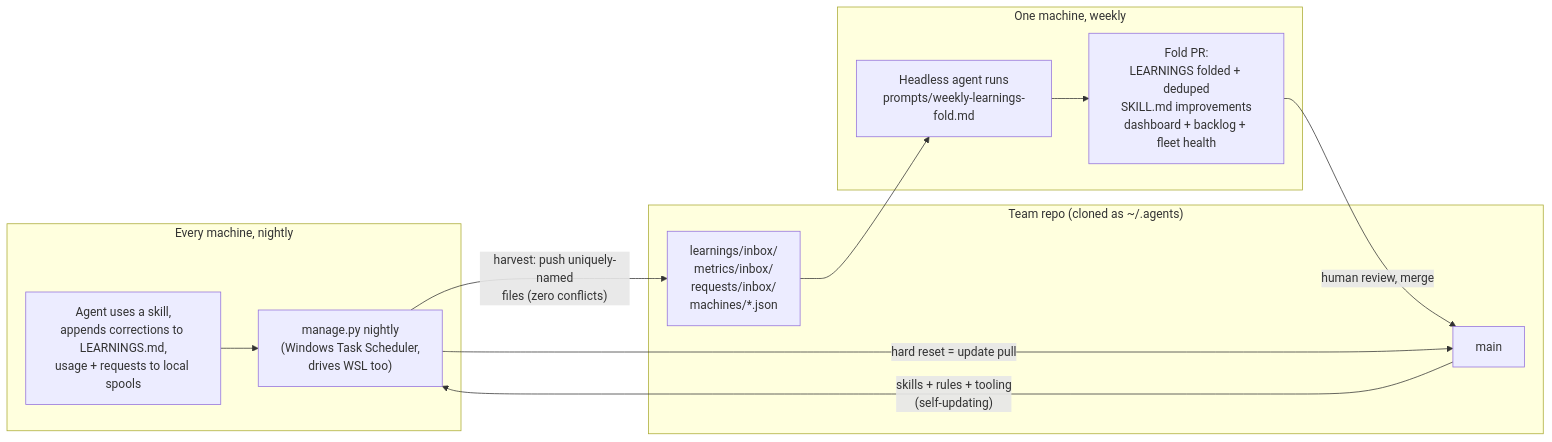
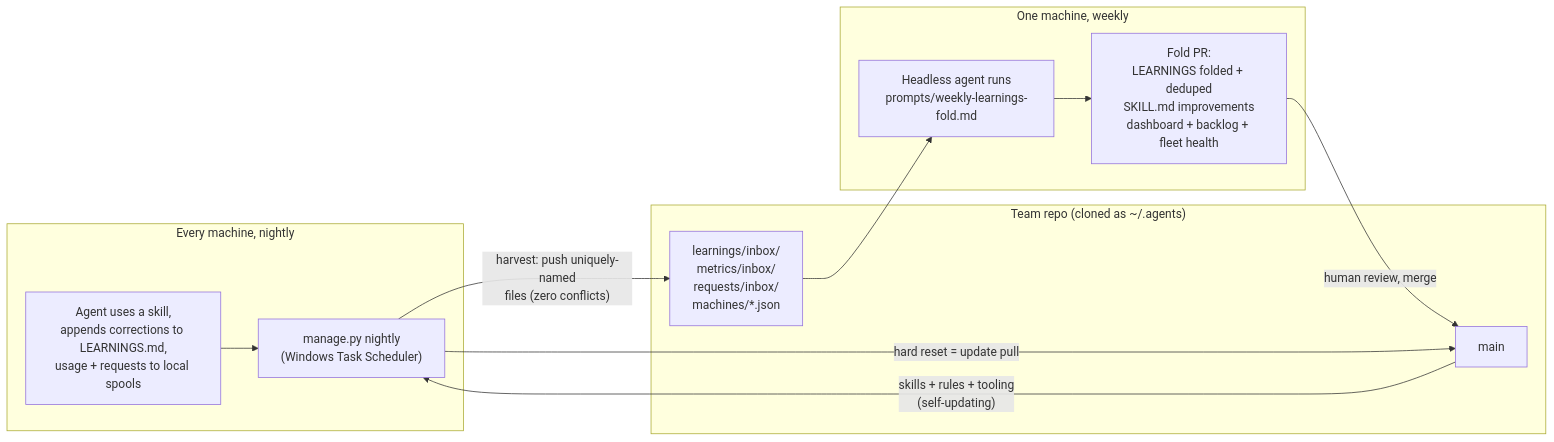
Before and after one commit to jacobragsdale/agent-skills-manager: the diagram in README.md, drawn with Mermaid. The commit also changed other lines of this file and 5 other files, not shown here.

First line of the commit message:
One-liner install, drop WSL, harden the nightly sync

````diff
--- a/README.md
+++ b/README.md
@@ -19,25 +19,25 @@
 ```mermaid
 flowchart LR
     subgraph fleet["Every machine, nightly"]
         A["Agent uses a skill,<br/>appends corrections to LEARNINGS.md,<br/>usage + requests to local spools"]
-        H["manage.py nightly<br/>(Windows Task Scheduler,<br/>drives WSL too)"]
+        H["manage.py nightly<br/>(Windows Task Scheduler)"]
         A --> H
     end
 
     subgraph repo["Team repo (cloned as ~/.agents)"]
         I["learnings/inbox/<br/>metrics/inbox/<br/>requests/inbox/<br/>machines/*.json"]
         M["main"]
     end
 
     subgraph weekly["One machine, weekly"]
         W["Headless agent runs<br/>prompts/weekly-learnings-fold.md"]
         PR["Fold PR:<br/>LEARNINGS folded + deduped<br/>SKILL.md improvements<br/>dashboard + backlog + fleet health"]
         W --> PR
     end
 
     H -- "harvest: push uniquely-named<br/>files (zero conflicts)" --> I
     H -- "hard reset = update pull" --> M
     M -- "skills + rules + tooling<br/>(self-updating)" --> H
     I --> W
     PR -- "human review, merge" --> M
 ```
````
